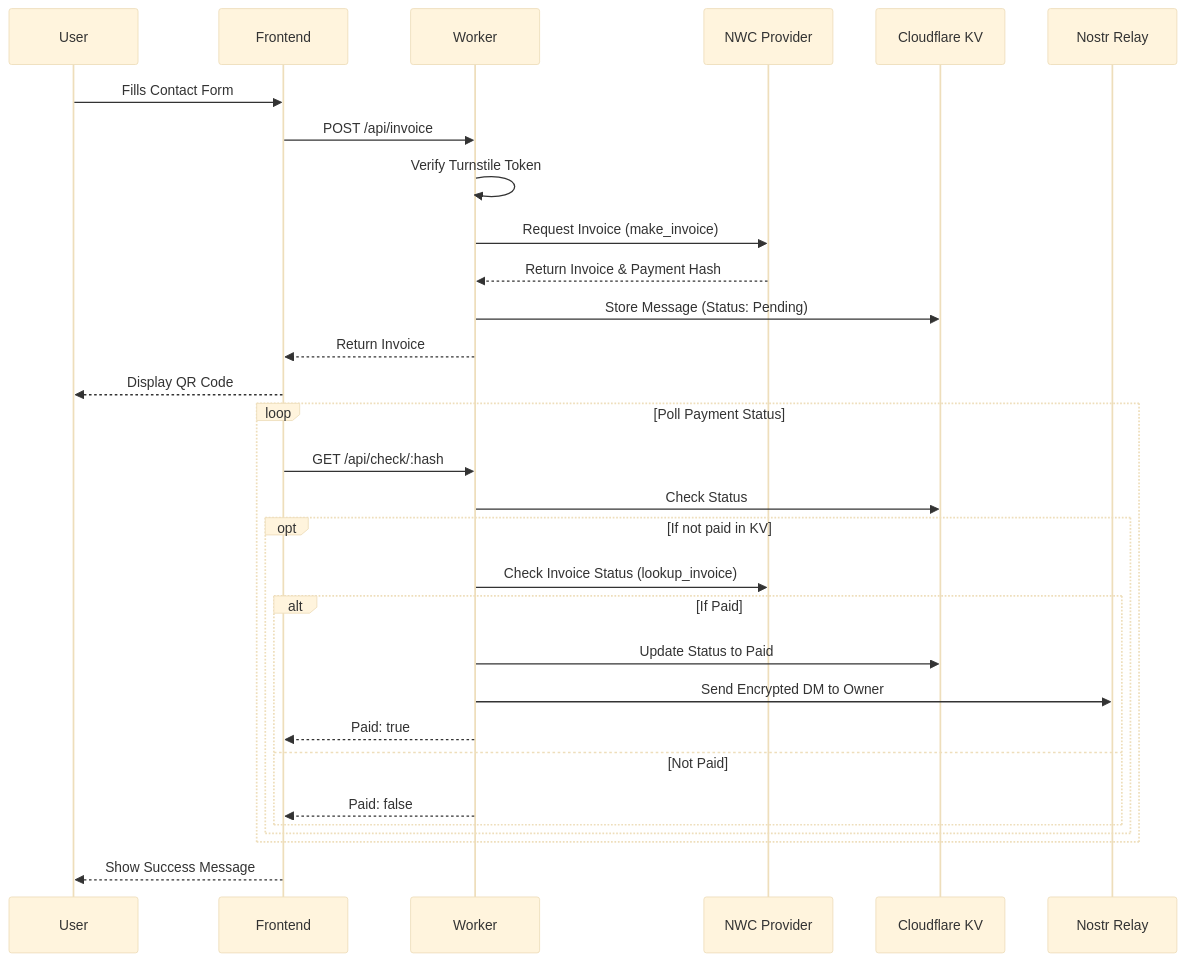
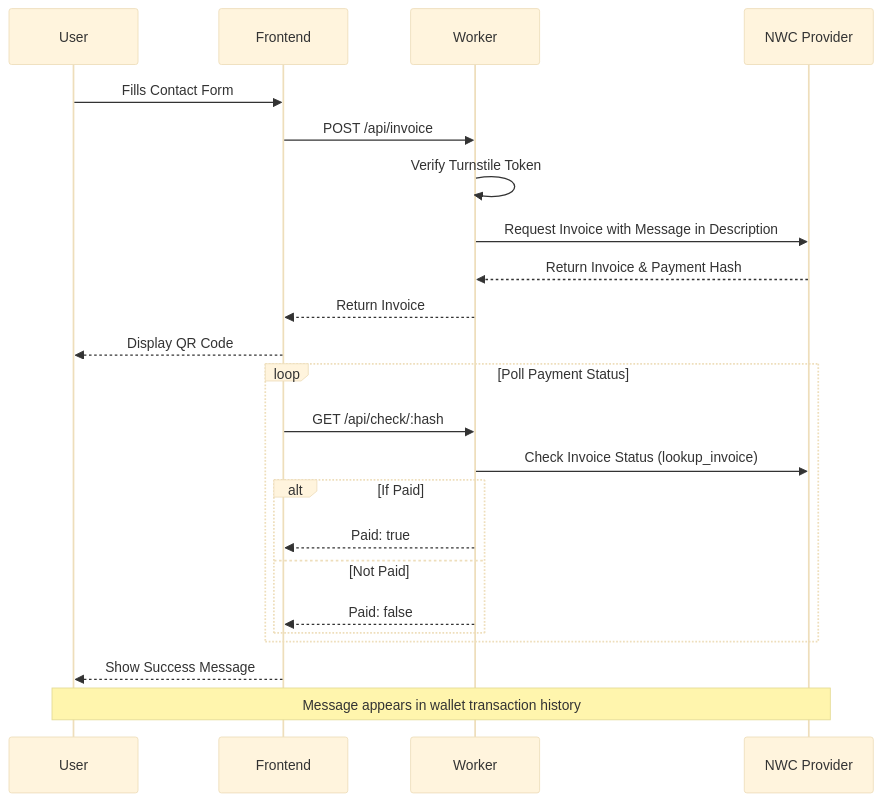
Before and after one commit to ExecutiveOrder6102/payme: the first of 2 diagrams in README.md, drawn with Mermaid (base theme). The commit also changed other lines of this file and 2 other files, not shown here.

````diff
--- a/README.md
+++ b/README.md
@@ -17,35 +17,29 @@
 ```mermaid
 sequenceDiagram
     participant User
     participant Frontend
     participant Worker
     participant NWC as NWC Provider
-    participant KV as Cloudflare KV
-    participant Nostr as Nostr Relay
 
     User->>Frontend: Fills Contact Form
     Frontend->>Worker: POST /api/invoice
     Worker->>Worker: Verify Turnstile Token
-    Worker->>NWC: Request Invoice (make_invoice)
+    Worker->>NWC: Request Invoice with Message in Description
     NWC-->>Worker: Return Invoice & Payment Hash
-    Worker->>KV: Store Message (Status: Pending)
     Worker-->>Frontend: Return Invoice
     Frontend-->>User: Display QR Code
     
     loop Poll Payment Status
         Frontend->>Worker: GET /api/check/:hash
-        Worker->>KV: Check Status
-        opt If not paid in KV
-            Worker->>NWC: Check Invoice Status (lookup_invoice)
-            alt If Paid
-                Worker->>KV: Update Status to Paid
-                Worker->>Nostr: Send Encrypted DM to Owner
-                Worker-->>Frontend: Paid: true
-            else Not Paid
-                Worker-->>Frontend: Paid: false
-            end
+        Worker->>NWC: Check Invoice Status (lookup_invoice)
+        alt If Paid
+            Worker-->>Frontend: Paid: true
+        else Not Paid
+            Worker-->>Frontend: Paid: false
         end
     end
 
     Frontend-->>User: Show Success Message
+    
+    Note over User,NWC: Message appears in wallet transaction history
 ```
````
